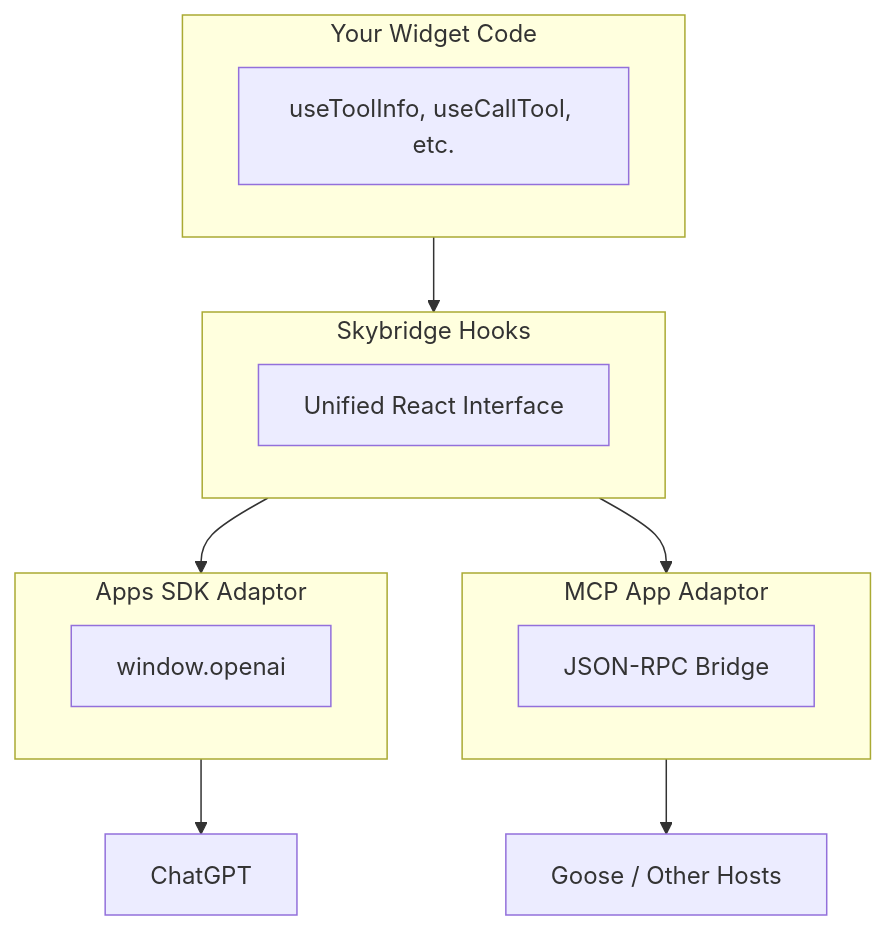
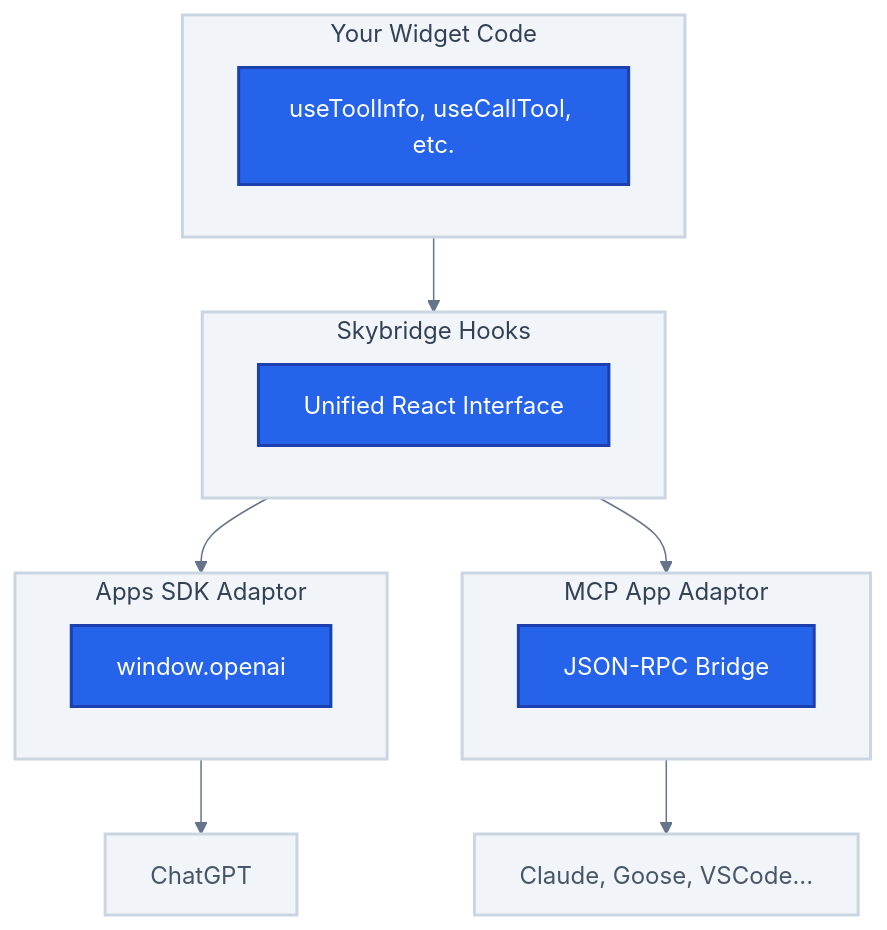
The diagram in docs/concepts/write-once-run-everywhere.mdx (alpic-ai/skybridge), drawn with Mermaid before and after one commit. The commit also changed other lines of this file and 6 other files, not shown here.

Commit message:
reviewed MCP Apps and Apps SDK particularities in API reference

````diff
--- a/docs/concepts/write-once-run-everywhere.mdx
+++ b/docs/concepts/write-once-run-everywhere.mdx
@@ -22,26 +22,38 @@
 ```mermaid
+%%{init: {'theme': 'base', 'themeVariables': { 'primaryColor': '#2563EB', 'primaryTextColor': '#fff', 'primaryBorderColor': '#1e40af', 'lineColor': '#64748b', 'secondaryColor': '#3B82F6', 'tertiaryColor': '#dbeafe' }}}%%
 flowchart TB
     subgraph Code["Your Widget Code"]
         Hooks["useToolInfo, useCallTool, etc."]
     end
 
     Code --> Skybridge
 
     subgraph Skybridge["Skybridge Hooks"]
         Unified["Unified React Interface"]
     end
 
     Skybridge --> AppsSdk
     Skybridge --> McpApp
 
     subgraph AppsSdk["Apps SDK Adaptor"]
         OpenAI["window.openai"]
     end
 
     subgraph McpApp["MCP App Adaptor"]
         JsonRpc["JSON-RPC Bridge"]
     end
 
     AppsSdk --> ChatGPT["ChatGPT"]
-    McpApp --> Others["Goose / Other Hosts"]
+    McpApp --> McpClients["Claude, Goose, VSCode..."]
+
+    style Code fill:#f1f5f9,stroke:#cbd5e1,stroke-width:2px,color:#334155
+    style Skybridge fill:#f1f5f9,stroke:#cbd5e1,stroke-width:2px,color:#334155
+    style AppsSdk fill:#f1f5f9,stroke:#cbd5e1,stroke-width:2px,color:#334155
+    style McpApp fill:#f1f5f9,stroke:#cbd5e1,stroke-width:2px,color:#334155
+    style ChatGPT fill:#f1f5f9,stroke:#cbd5e1,stroke-width:2px,color:#475569
+    style McpClients fill:#f1f5f9,stroke:#cbd5e1,stroke-width:2px,color:#475569
+    style Hooks fill:#2563EB,stroke:#1e40af,stroke-width:2px,color:#fff
+    style Unified fill:#2563EB,stroke:#1e40af,stroke-width:2px,color:#fff
+    style OpenAI fill:#2563EB,stroke:#1e40af,stroke-width:2px,color:#fff
+    style JsonRpc fill:#2563EB,stroke:#1e40af,stroke-width:2px,color:#fff
 ```
````
